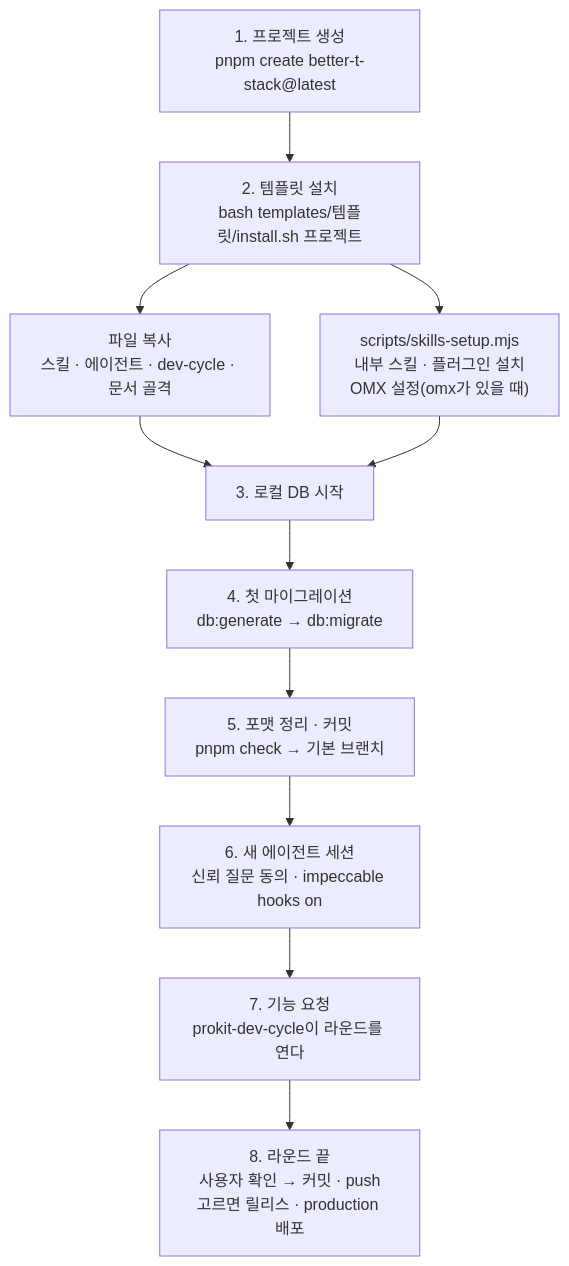
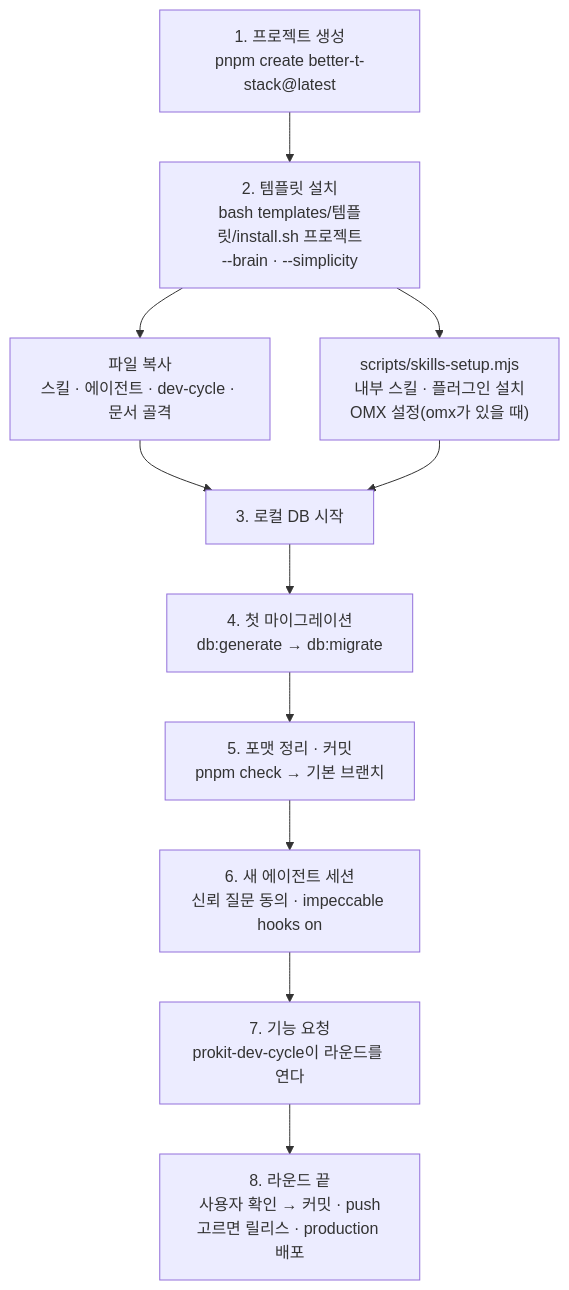
Before and after one commit to roadkwon-ai/pro-kit: the diagram in handbook/start/quickstart-service.md, drawn with Mermaid. The commit also changed other lines of this file and 70 other files, not shown here.

````diff
--- a/handbook/start/quickstart-service.md
+++ b/handbook/start/quickstart-service.md
@@ -47,13 +47,13 @@
 ```mermaid
 flowchart TD
-  A["1. 프로젝트 생성<br/>pnpm create better-t-stack@latest"] --> B["2. 템플릿 설치<br/>bash templates/템플릿/install.sh 프로젝트"]
+  A["1. 프로젝트 생성<br/>pnpm create better-t-stack@latest"] --> B["2. 템플릿 설치<br/>bash templates/템플릿/install.sh 프로젝트<br/>--brain · --simplicity"]
   B --> B1["파일 복사<br/>스킬 · 에이전트 · dev-cycle · 문서 골격"]
   B --> B2["scripts/skills-setup.mjs<br/>내부 스킬 · 플러그인 설치<br/>OMX 설정(omx가 있을 때)"]
   B1 --> C["3. 로컬 DB 시작"]
   B2 --> C
   C --> D["4. 첫 마이그레이션<br/>db:generate → db:migrate"]
   D --> E["5. 포맷 정리 · 커밋<br/>pnpm check → 기본 브랜치"]
   E --> F["6. 새 에이전트 세션<br/>신뢰 질문 동의 · impeccable hooks on"]
   F --> G["7. 기능 요청<br/>prokit-dev-cycle이 라운드를 연다"]
   G --> H["8. 라운드 끝<br/>사용자 확인 → 커밋 · push<br/>고르면 릴리스 · production 배포"]
 ```
````
